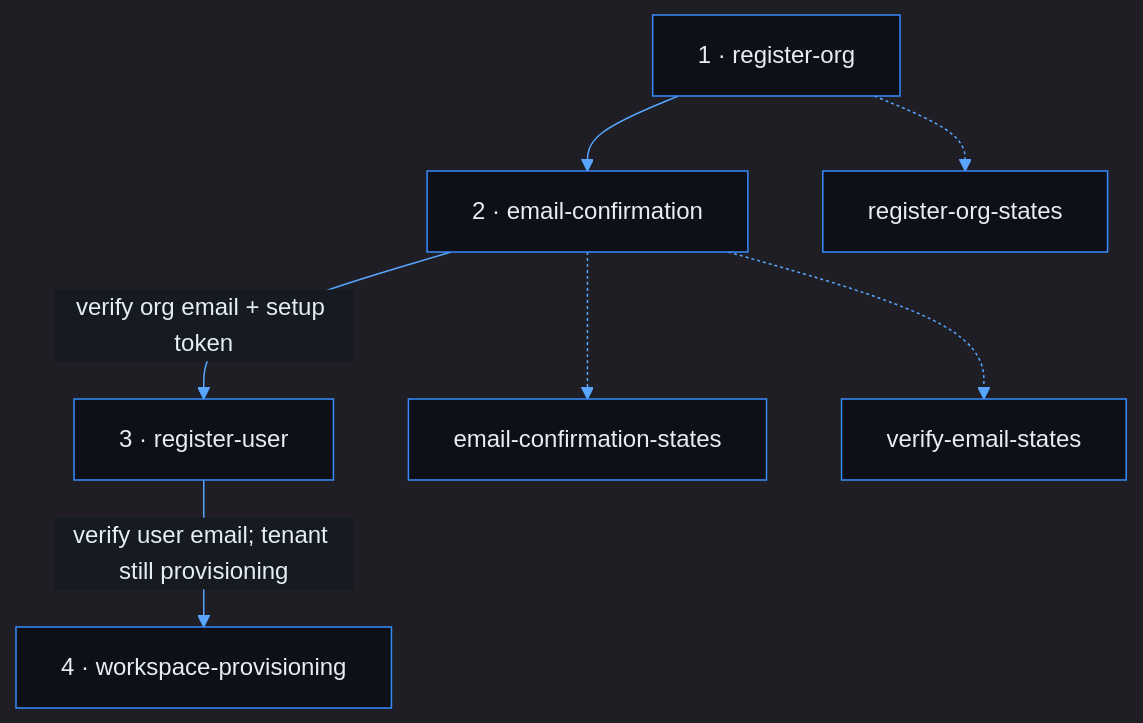
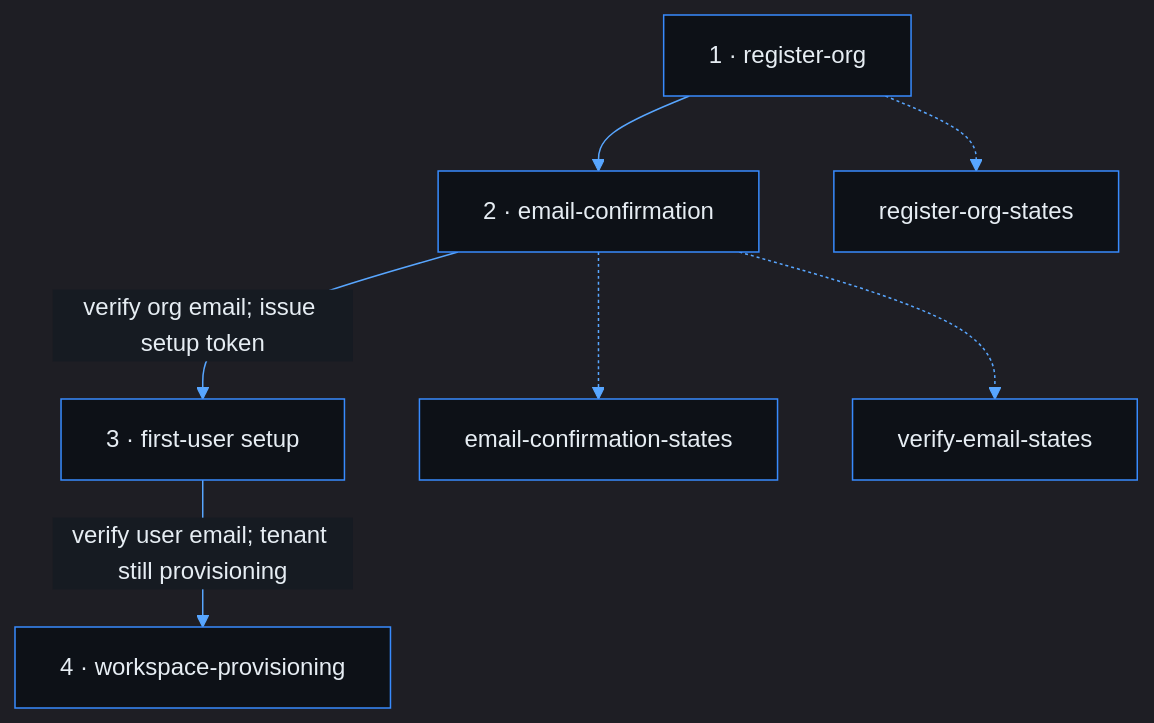
One commit to phuongnse/axis changed the first of 3 diagrams in docs/use-cases/platform-foundation/register-org/README.md. Above: the diagram before and after it, drawn with Mermaid. The commit also changed other lines of this file and 10 other files, not shown here.

````diff
--- a/docs/use-cases/platform-foundation/register-org/README.md
+++ b/docs/use-cases/platform-foundation/register-org/README.md
@@ -117,18 +123,18 @@
 ```mermaid
 %%{init: {'theme':'dark','themeVariables':{'background':'#0d1117','mainBkg':'#0d1117','primaryColor':'#161b22','primaryBorderColor':'#388bfd','primaryTextColor':'#e6edf3','secondaryColor':'#21262d','secondaryBorderColor':'#388bfd','secondaryTextColor':'#e6edf3','tertiaryColor':'#161b22','tertiaryTextColor':'#e6edf3','lineColor':'#58a6ff','textColor':'#e6edf3','nodeBorder':'#388bfd','clusterBkg':'#161b22','clusterBorder':'#388bfd','titleColor':'#e6edf3','edgeLabelBackground':'#161b22','actorBkg':'#161b22','actorBorder':'#388bfd','actorTextColor':'#e6edf3','signalColor':'#58a6ff','labelBoxBkgColor':'#161b22','labelBoxBorderColor':'#388bfd','noteBkgColor':'#161b22','noteBorderColor':'#388bfd','noteTextColor':'#c9d1d9','activationBkgColor':'#30363d'}}}%%
 flowchart TD
   entry["1 · register-org"]
   confirm["2 · email-confirmation"]
-  user["3 · register-user"]
+  user["3 · first-user setup"]
   provision["4 · workspace-provisioning"]
   errEntry["register-org-states"]
   errEmail["email-confirmation-states"]
   errVerify["verify-email-states"]
 
   entry --> confirm
-  confirm -->|"verify org email + setup token"| user
+  confirm -->|"verify org email; issue setup token"| user
   user -->|"verify user email; tenant still provisioning"| provision
   entry -.-> errEntry
   confirm -.-> errEmail
   confirm -.-> errVerify
 ```
````
